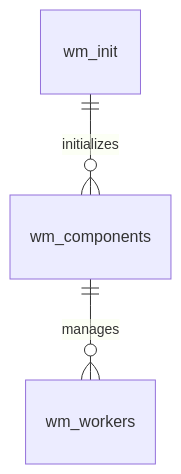
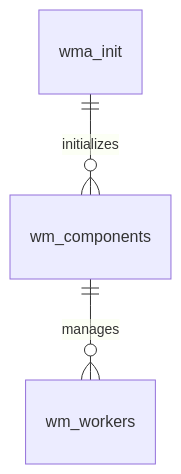
The fifth of 9 diagrams in diagrams/wmcoredb_erd.md (dmwm/wmcoredb), drawn with Mermaid before and after one commit. The commit also changed 1 other file, not shown here.

Commit message:
docs: update documentation to use wma_init instead of wm_init

````diff
--- a/diagrams/wmcoredb_erd.md
+++ b/diagrams/wmcoredb_erd.md
@@ -80,5 +80,5 @@
 ```mermaid
 erDiagram
-    wm_init ||--o{ wm_components : "initializes"
+    wma_init ||--o{ wm_components : "initializes"
     wm_components ||--o{ wm_workers : "manages"
 ```
````
